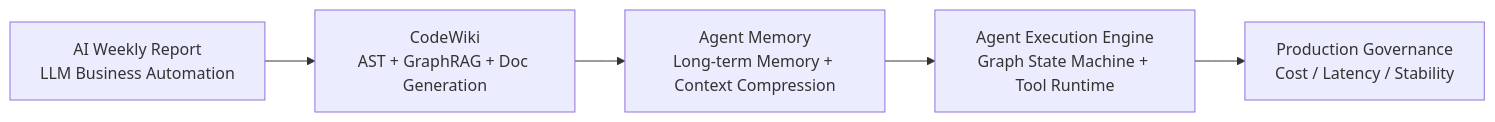
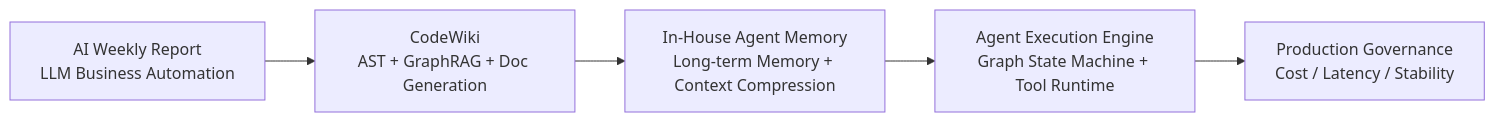
Before and after one commit to PorunC/interview: the first of 20 diagrams in 问题/05-英文面试/三项目与Agent系统设计-英文.md, drawn with Mermaid. The commit also changed other lines of this file and 27 other files, not shown here.

````diff
--- a/问题/05-英文面试/三项目与Agent系统设计-英文.md
+++ b/问题/05-英文面试/三项目与Agent系统设计-英文.md
@@ -23,7 +23,7 @@
 ```mermaid
 flowchart LR
     A["AI Weekly Report<br/>LLM Business Automation"] --> B["CodeWiki<br/>AST + GraphRAG + Doc Generation"]
-    B --> C["Agent Memory<br/>Long-term Memory + Context Compression"]
+    B --> C["In-House Agent Memory<br/>Long-term Memory + Context Compression"]
     C --> D["Agent Execution Engine<br/>Graph State Machine + Tool Runtime"]
     D --> E["Production Governance<br/>Cost / Latency / Stability"]
 ```
````
